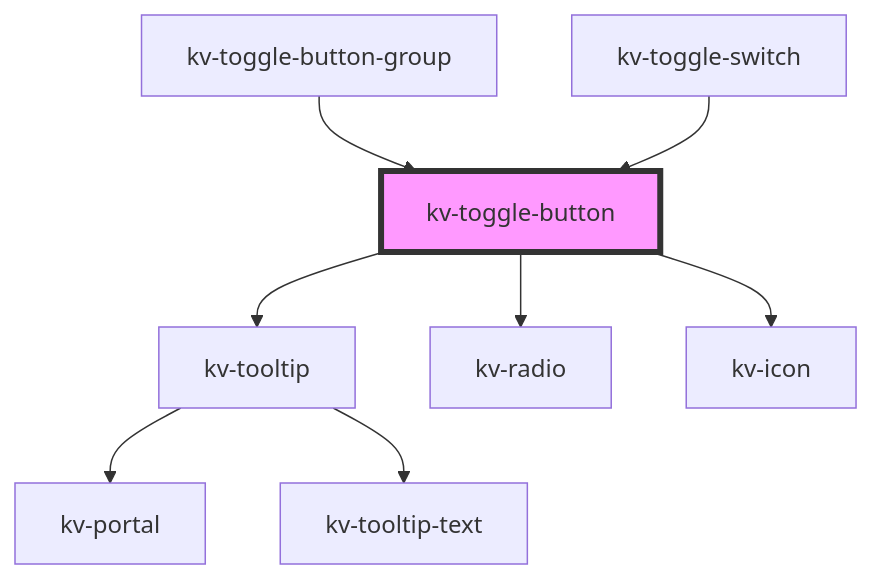
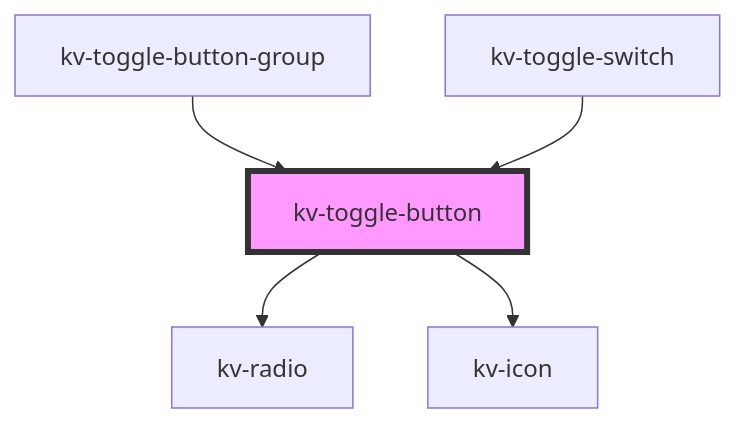
The diagram in packages/ui-components/src/components/toggle-button/readme.md (kelvininc/ui-components), drawn with Mermaid before and after one commit. The commit also changed other lines of this file and 6 other files, not shown here.

````diff
--- a/packages/ui-components/src/components/toggle-button/readme.md
+++ b/packages/ui-components/src/components/toggle-button/readme.md
@@ -106,11 +104,8 @@
 ```mermaid
 graph TD;
-  kv-toggle-button --> kv-tooltip
   kv-toggle-button --> kv-radio
   kv-toggle-button --> kv-icon
-  kv-tooltip --> kv-portal
-  kv-tooltip --> kv-tooltip-text
   kv-toggle-button-group --> kv-toggle-button
   kv-toggle-switch --> kv-toggle-button
   style kv-toggle-button fill:#f9f,stroke:#333,stroke-width:4px
 ```
````
